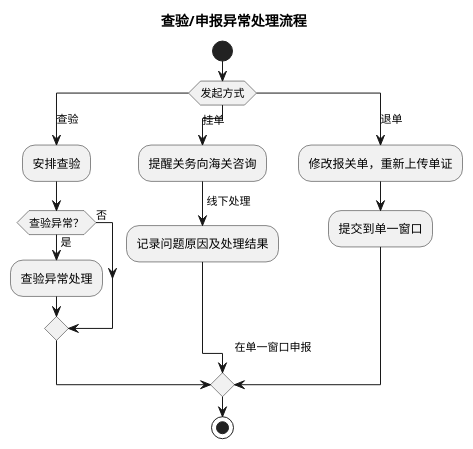
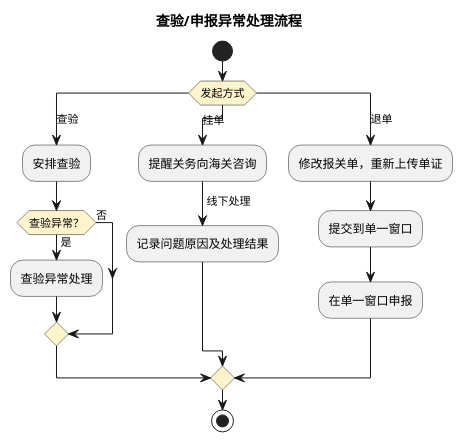
Before and after one commit to jack888332/projects-doc: the seventh of 11 diagrams in product-caliber/goldjet/segmented-prd/mainflow/PRD.高捷物流系统一期.主流程.03.普货进出口关务详细流程.md, drawn with PlantUML. The commit also changed other lines of this file and 20 other files, not shown here.

Commit message:
优化流程表对应的DLS图

````diff
--- a/product-caliber/goldjet/segmented-prd/mainflow/PRD.高捷物流系统一期.主流程.03.普货进出口关务详细流程.md
+++ b/product-caliber/goldjet/segmented-prd/mainflow/PRD.高捷物流系统一期.主流程.03.普货进出口关务详细流程.md
@@ -203,23 +216,24 @@
 ```plantuml
 @startuml
+skinparam activityDiamondBackgroundColor #FFF4CC
 title 查验/申报异常处理流程
 start
 switch (发起方式)
 case (查验)
   :安排查验;
   if (查验异常？) then (是)
     :查验异常处理;
   else (否)
   endif
 case (挂单)
   :提醒关务向海关咨询;
   -> 线下处理;
   :记录问题原因及处理结果;
 case (退单)
   :修改报关单，重新上传单证;
   :提交到单一窗口;
-  -> 在单一窗口申报;
+  :在单一窗口申报;
 endswitch
 stop
 @enduml
 ```
````
